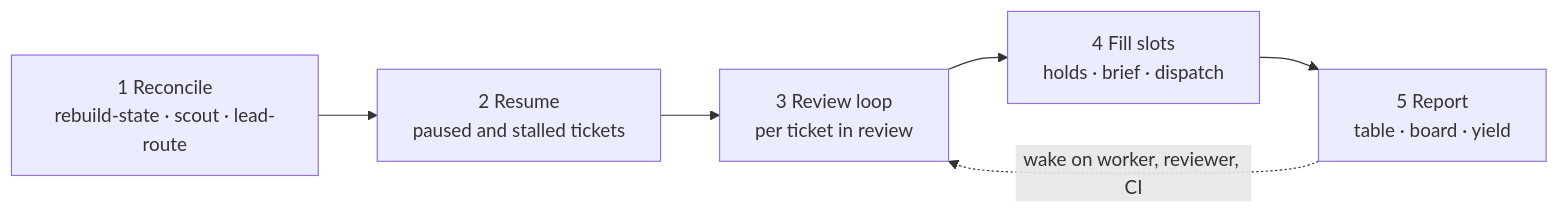
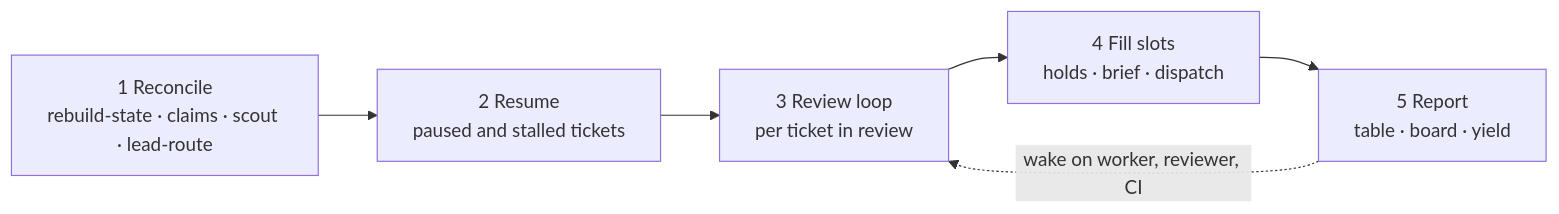
Before and after one commit to shrujancheruku/claude-orchestrate: the third of 4 diagrams in README.md, drawn with Mermaid. The commit also changed other lines of this file, not shown here.

First line of the commit message:
docs(readme): describe claims, worker-report and the merged gate; drop worker-live

````diff
--- a/README.md
+++ b/README.md
@@ -171,8 +171,8 @@
 ```mermaid
 flowchart LR
-    A["1 Reconcile<br/>rebuild-state · scout · lead-route"] --> B["2 Resume<br/>paused and stalled tickets"]
+    A["1 Reconcile<br/>rebuild-state · claims · scout · lead-route"] --> B["2 Resume<br/>paused and stalled tickets"]
     B --> C["3 Review loop<br/>per ticket in review"]
     C --> D["4 Fill slots<br/>holds · brief · dispatch"]
     D --> E["5 Report<br/>table · board · yield"]
     E -. "wake on worker, reviewer, CI" .-> C
 ```
````
